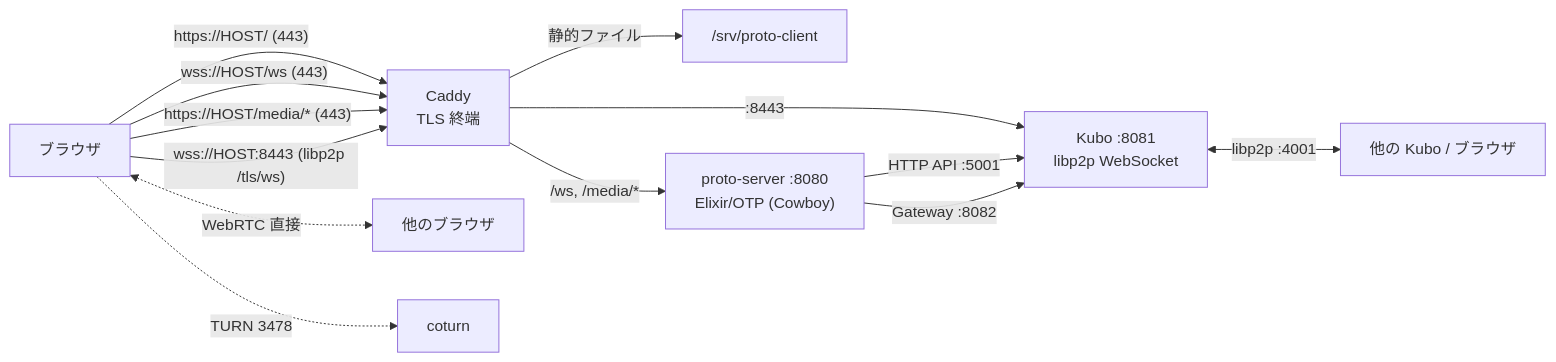
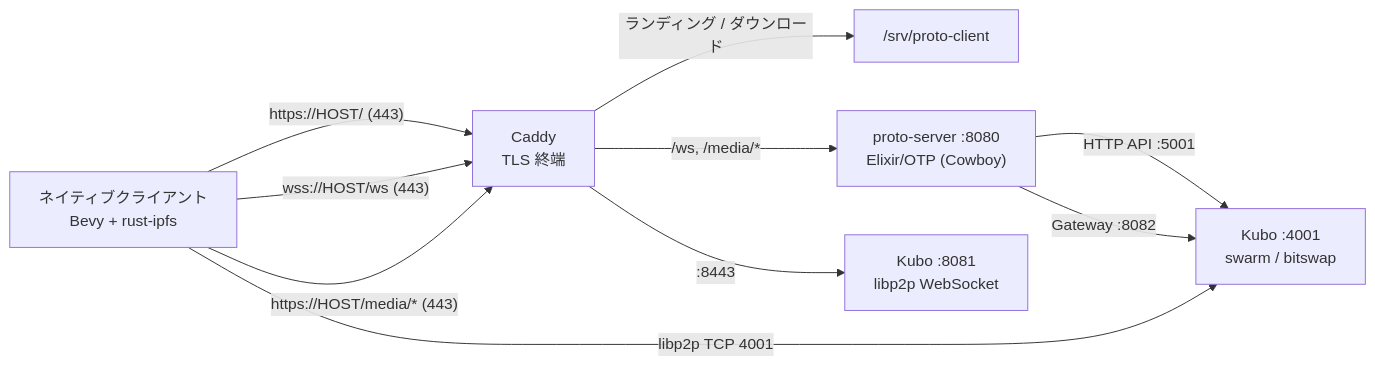
One commit to katteni-kaihatu/nemvr-prototype changed the diagram in docs/deploy.md. Above: the diagram before and after it, drawn with Mermaid. The commit also changed other lines of this file and 120 other files, not shown here.

Commit message:
Replace the web client with the native Bevy client

````diff
--- a/docs/deploy.md
+++ b/docs/deploy.md
@@ -15,15 +19,12 @@
 ```mermaid
 graph LR
-    B[ブラウザ] -->|"https://HOST/ (443)"| C[Caddy<br/>TLS 終端]
+    B[ネイティブクライアント<br/>Bevy + rust-ipfs] -->|"https://HOST/ (443)"| C[Caddy<br/>TLS 終端]
     B -->|"wss://HOST/ws (443)"| C
     B -->|"https://HOST/media/* (443)"| C
-    B -->|"wss://HOST:8443 (libp2p /tls/ws)"| C
-    C -->|静的ファイル| F["/srv/proto-client"]
+    B -->|"libp2p TCP 4001"| K["Kubo :4001<br/>swarm / bitswap"]
+    C -->|ランディング / ダウンロード| F["/srv/proto-client"]
     C -->|"/ws, /media/*"| S["proto-server :8080<br/>Elixir/OTP (Cowboy)"]
-    C -->|":8443"| K["Kubo :8081<br/>libp2p WebSocket"]
+    C -->|":8443"| K2["Kubo :8081<br/>libp2p WebSocket"]
     S -->|"HTTP API :5001"| K
     S -->|"Gateway :8082"| K
-    K <-->|"libp2p :4001"| P[他の Kubo / ブラウザ]
-    B <-.->|WebRTC 直接| B2[他のブラウザ]
-    B -.->|TURN 3478| T[coturn]
 ```
````
